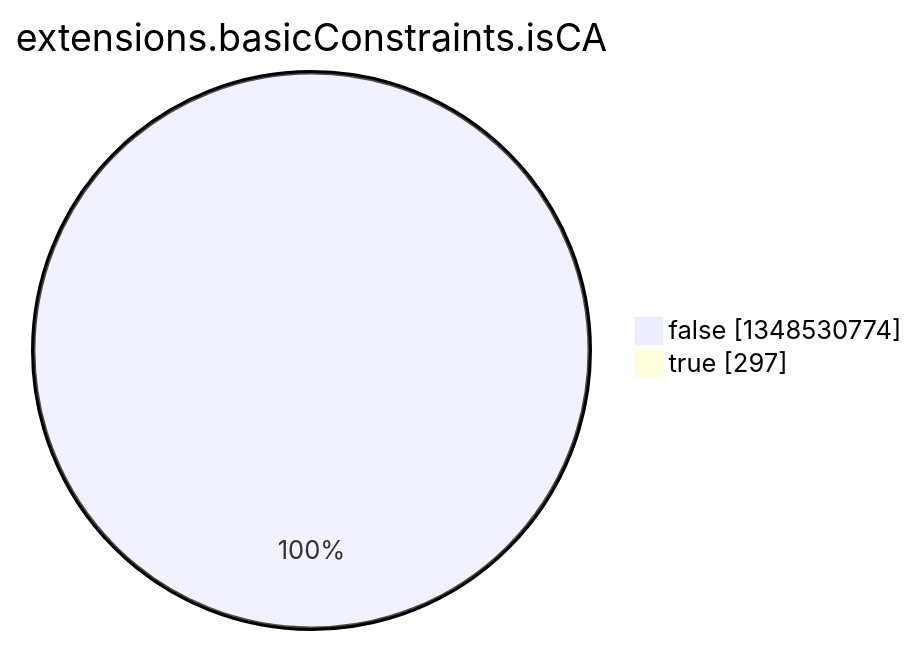
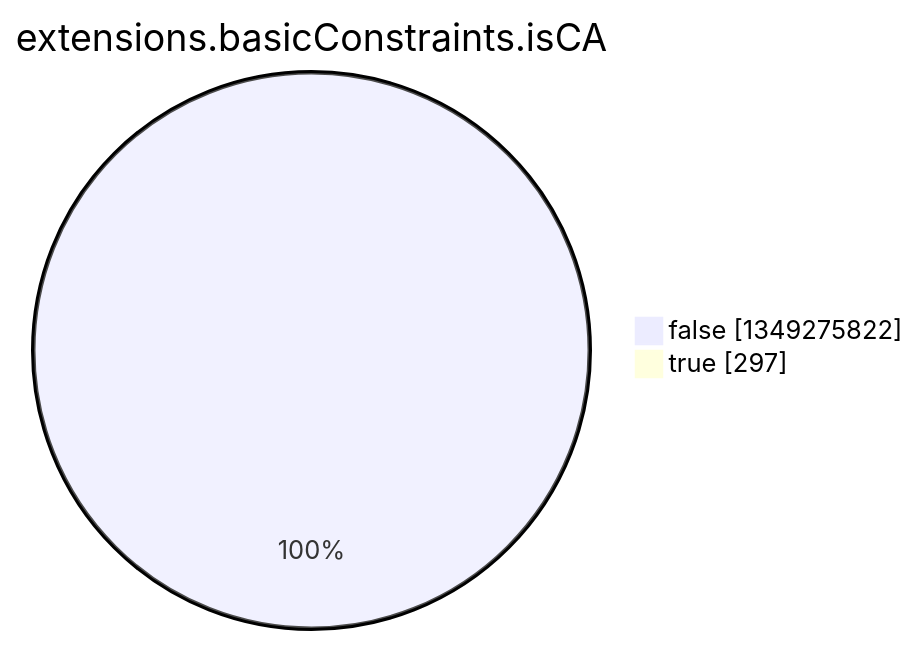
One commit to christiankrug/ctmonitor_visualization changed the eighth of 15 diagrams in argon2022/README.md. Above: the diagram before and after it, drawn with Mermaid. The commit also changed other lines of this file, not shown here.

````diff
--- a/argon2022/README.md
+++ b/argon2022/README.md
@@ -2758,6 +2758,6 @@
 ```mermaid
 pie showData
 title extensions.basicConstraints.isCA
-"false" :1348530774
+"false" :1349275822
 "true" :297
 ```
````
